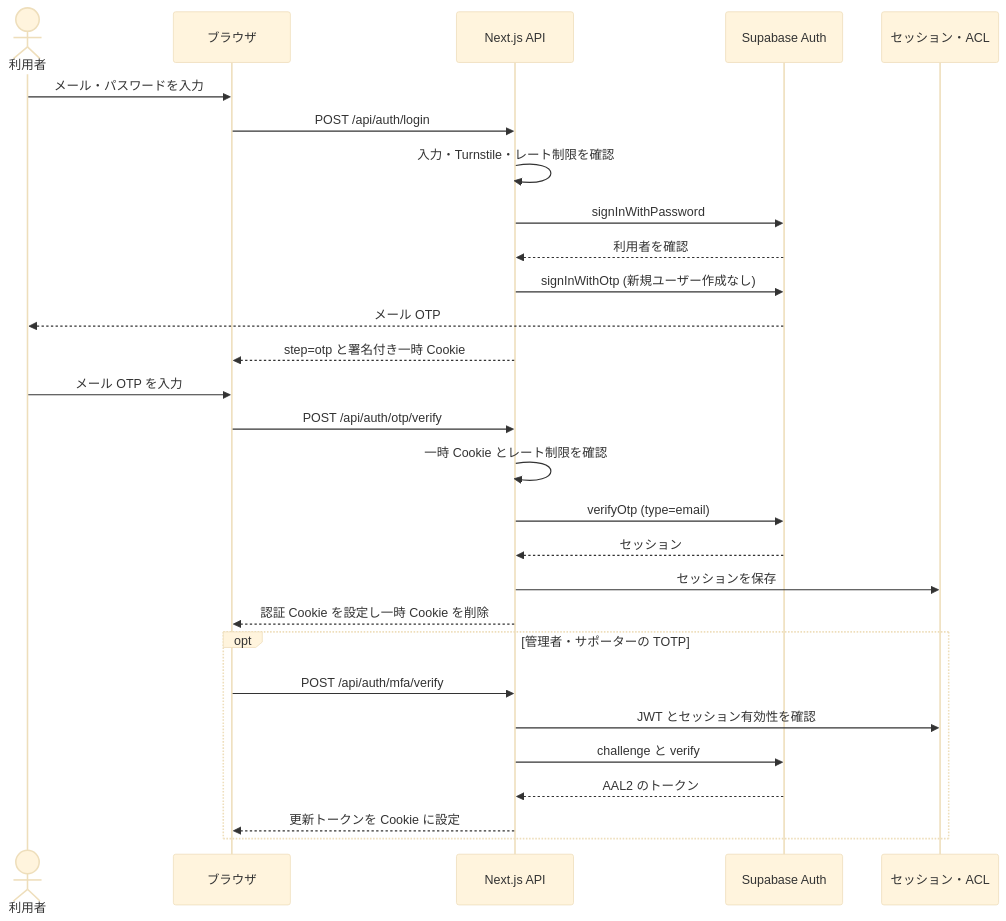
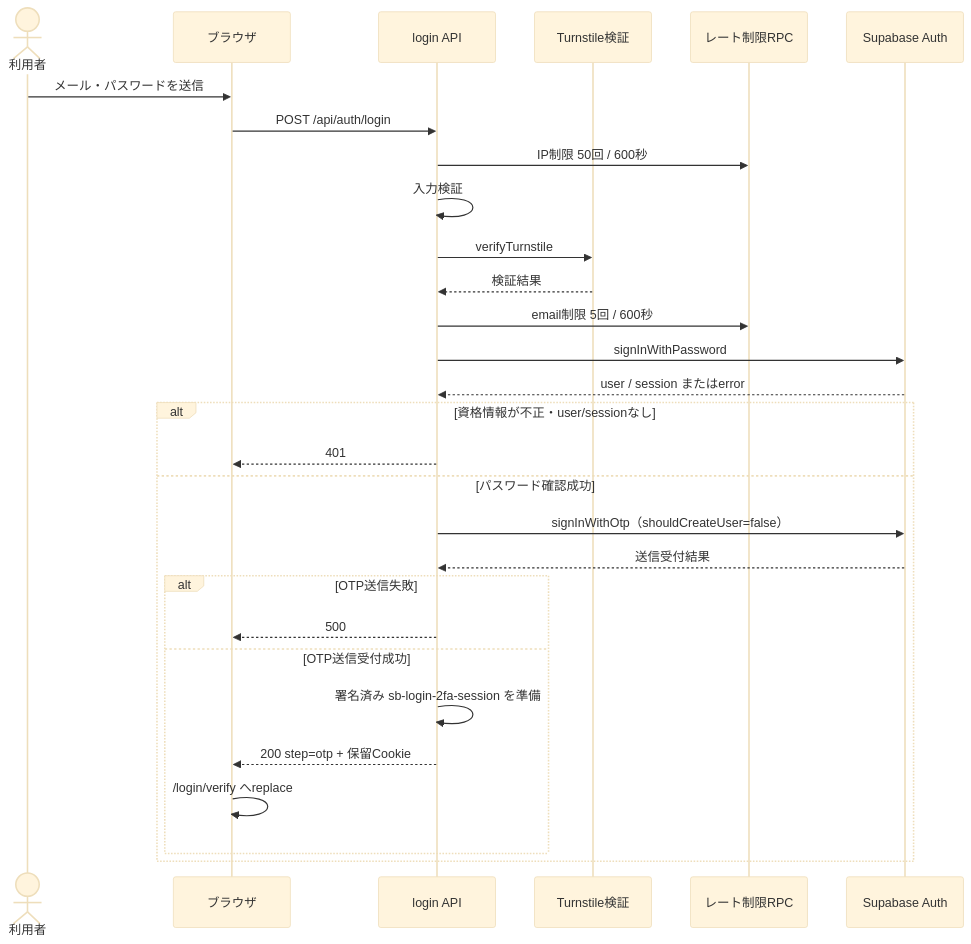
One commit to ChocoWork/o_official changed the first of 7 diagrams in docs/04_DetailDesign/sequence/auth-login-mfa.md. Above: the diagram before and after it, drawn with Mermaid (base theme). The commit also changed other lines of this file and 15 other files, not shown here.

Commit message:
docs(detail): 現行実装に合わせシーケンス図と状態図を更新

````diff
--- a/docs/04_DetailDesign/sequence/auth-login-mfa.md
+++ b/docs/04_DetailDesign/sequence/auth-login-mfa.md
@@ -7,30 +27,31 @@
 ```mermaid
 sequenceDiagram
   actor User as 利用者
   participant UI as ブラウザ
-  participant API as Next.js API
+  participant API as login API
+  participant Bot as Turnstile検証
+  participant DB as レート制限RPC
   participant Auth as Supabase Auth
-  participant DB as セッション・ACL
-  User->>UI: メール・パスワードを入力
+  User->>UI: メール・パスワードを送信
   UI->>API: POST /api/auth/login
-  API->>API: 入力・Turnstile・レート制限を確認
+  API->>DB: IP制限 50回 / 600秒
+  API->>API: 入力検証
+  API->>Bot: verifyTurnstile
+  Bot-->>API: 検証結果
+  API->>DB: email制限 5回 / 600秒
   API->>Auth: signInWithPassword
-  Auth-->>API: 利用者を確認
-  API->>Auth: signInWithOtp (新規ユーザー作成なし)
-  Auth-->>User: メール OTP
-  API-->>UI: step=otp と署名付き一時 Cookie
-  User->>UI: メール OTP を入力
-  UI->>API: POST /api/auth/otp/verify
-  API->>API: 一時 Cookie とレート制限を確認
-  API->>Auth: verifyOtp (type=email)
-  Auth-->>API: セッション
-  API->>DB: セッションを保存
-  API-->>UI: 認証 Cookie を設定し一時 Cookie を削除
-  opt 管理者・サポーターの TOTP
-    UI->>API: POST /api/auth/mfa/verify
-    API->>DB: JWT とセッション有効性を確認
-    API->>Auth: challenge と verify
-    Auth-->>API: AAL2 のトークン
-    API-->>UI: 更新トークンを Cookie に設定
+  Auth-->>API: user / session またはerror
+  alt 資格情報が不正・user/sessionなし
+    API-->>UI: 401
+  else パスワード確認成功
+    API->>Auth: signInWithOtp（shouldCreateUser=false）
+    Auth-->>API: 送信受付結果
+    alt OTP送信失敗
+      API-->>UI: 500
+    else OTP送信受付成功
+      API->>API: 署名済み sb-login-2fa-session を準備
+      API-->>UI: 200 step=otp + 保留Cookie
+      UI->>UI: /login/verify へreplace
+    end
   end
 ```
````
